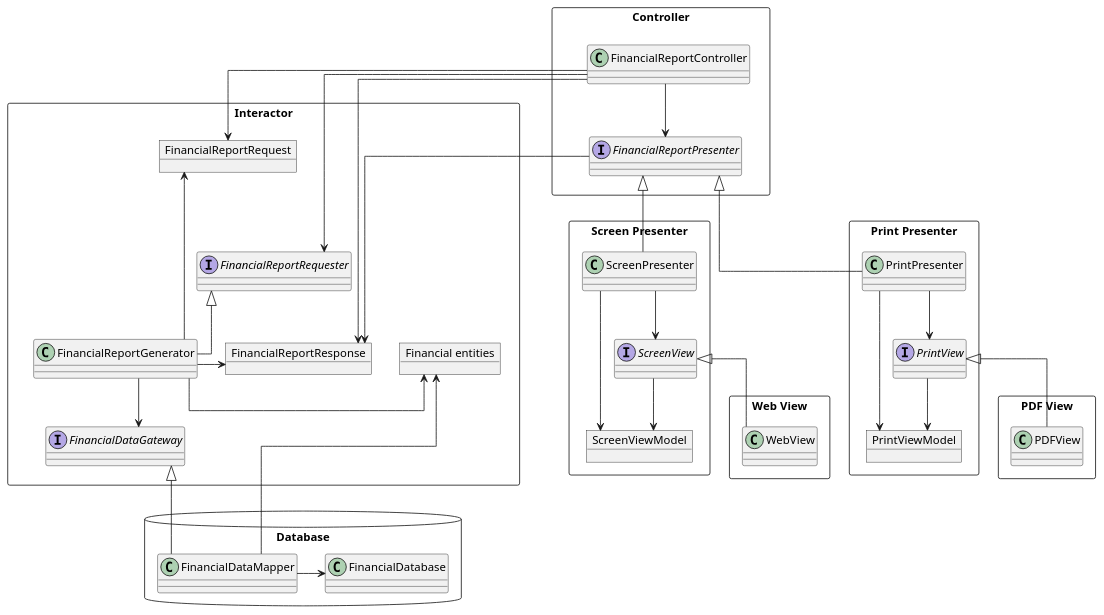
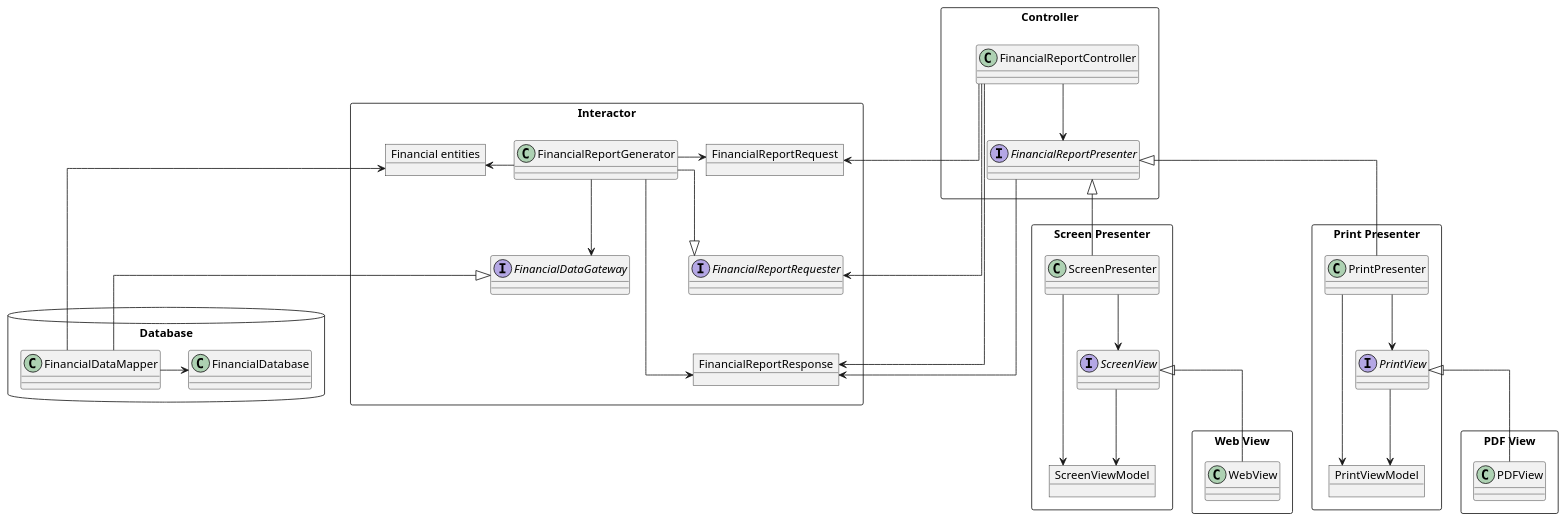
Before and after one commit to huland/logseq-notes: the third of 3 diagrams in pages/Robert C. Martin - Clean Architecture A Craftsman's Guide to Software Structure and Design.md, drawn with PlantUML.

Commit message:
Auto saved by Logseq

```diff
--- a/pages/Robert C. Martin - Clean Architecture A Craftsman's Guide to Software Structure and Design.md
+++ b/pages/Robert C. Martin - Clean Architecture A Craftsman's Guide to Software Structure and Design.md
@@ -203,68 +203,72 @@
 				  @startuml
 				  skinparam linetype ortho
 				  package Interactor <<Rectangle>> {
 				    object FinancialReportRequest
 				    interface FinancialReportRequester
 				    object FinancialReportResponse
 				    class FinancialReportGenerator
 				    interface FinancialDataGateway
 				    object "Financial entities" as FinancialEntities
 				  }
 				  
 				  FinancialReportRequest -[hidden]d-> FinancialReportRequester
 				  FinancialReportRequester -[hidden]d-> FinancialReportResponse
-				  FinancialReportGenerator -[hidden]l-> FinancialReportRequest
+				  FinancialReportResponse -[hidden]u-> FinancialReportRequester
+				  
+				  FinancialReportGenerator -[hidden]r-> FinancialReportRequest
+				  FinancialReportGenerator -[hidden]r-> FinancialReportRequester
+				  FinancialReportGenerator -[hidden]r-> FinancialReportResponse
 				  FinancialReportGenerator -[hidden]d-> FinancialDataGateway
 				  FinancialReportGenerator -[hidden]r-> FinancialEntities
 				  
 				  package Controller <<Rectangle>> {
 				    class FinancialReportController 
 				    interface FinancialReportPresenter
 				  }
 				  package Database <<Database>> {
 				    class FinancialDataMapper 
 				    class FinancialDatabase
 				  }
 				  package "Screen Presenter" as ScreenPres <<Rectangle>> {
 				    class ScreenPresenter
 				    object ScreenViewModel
 				    interface ScreenView
 				  }
 				  package "Print Presenter" as PrintPres <<Rectangle>> {
 				    class PrintPresenter
 				    object PrintViewModel
 				    interface PrintView
 				  } 
 				  package "PDF View" as PDFV <<Rectangle>> {
 				    class PDFView
 				  } 
 				  package "Web View" as WebV <<Rectangle>> {
 				    class WebView
 				  } 
 				  
 				  FinancialReportGenerator -l-> FinancialReportRequest
 				  FinancialReportGenerator -r-> FinancialEntities
 				  FinancialReportGenerator -l-> FinancialReportResponse
 				  FinancialReportGenerator -d-> FinancialDataGateway
 				  FinancialReportGenerator -l-|> FinancialReportRequester
 				  FinancialDataMapper -r-> FinancialDatabase
 				  FinancialDataMapper -u-> FinancialEntities
 				  FinancialDataMapper -u-|> FinancialDataGateway
 				  FinancialReportController -d-> FinancialReportPresenter
 				  FinancialReportPresenter -r-> FinancialReportResponse
 				  FinancialReportController -r-> FinancialReportRequest
 				  FinancialReportController -r-> FinancialReportRequester
 				  FinancialReportController -r-> FinancialReportResponse
 				  ScreenPresenter -d-> ScreenView
 				  ScreenView -d-> ScreenViewModel
 				  ScreenPresenter -d-> ScreenViewModel
 				  ScreenPresenter -u-|> FinancialReportPresenter
 				  PrintPresenter -d-> PrintView
 				  PrintView -d-> PrintViewModel
 				  PrintPresenter -d-> PrintViewModel
 				  PrintPresenter -u-|> FinancialReportPresenter
 				  WebView -u-|> ScreenView
 				  PDFView -u-|> PrintView
 				  
 				  Controller -[hidden]-> Interactor
 				  @enduml
```
